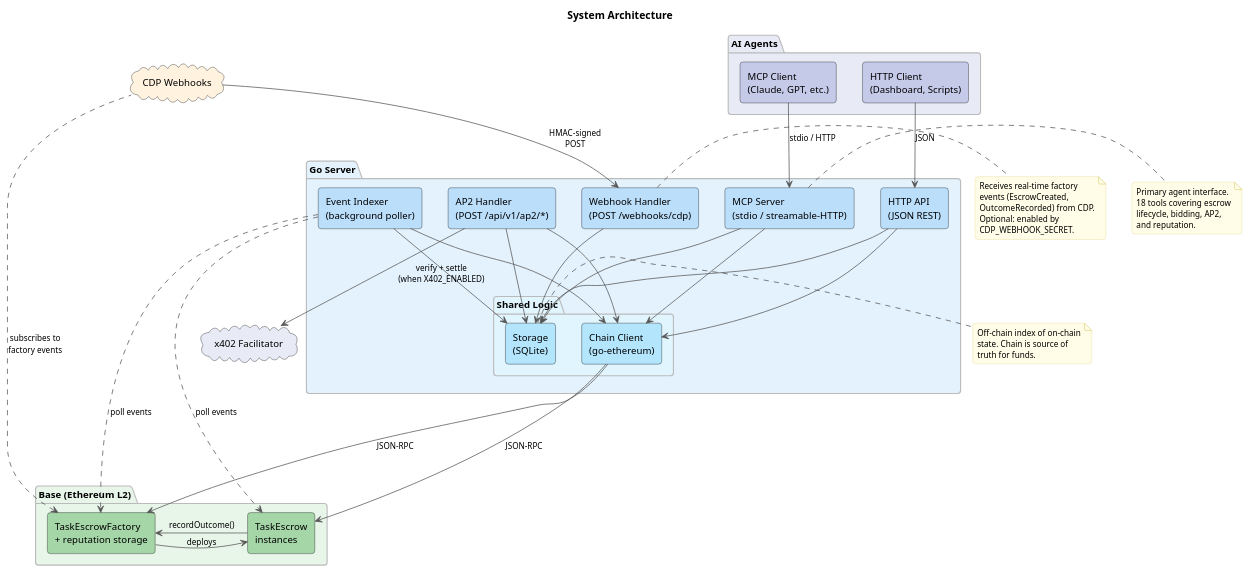
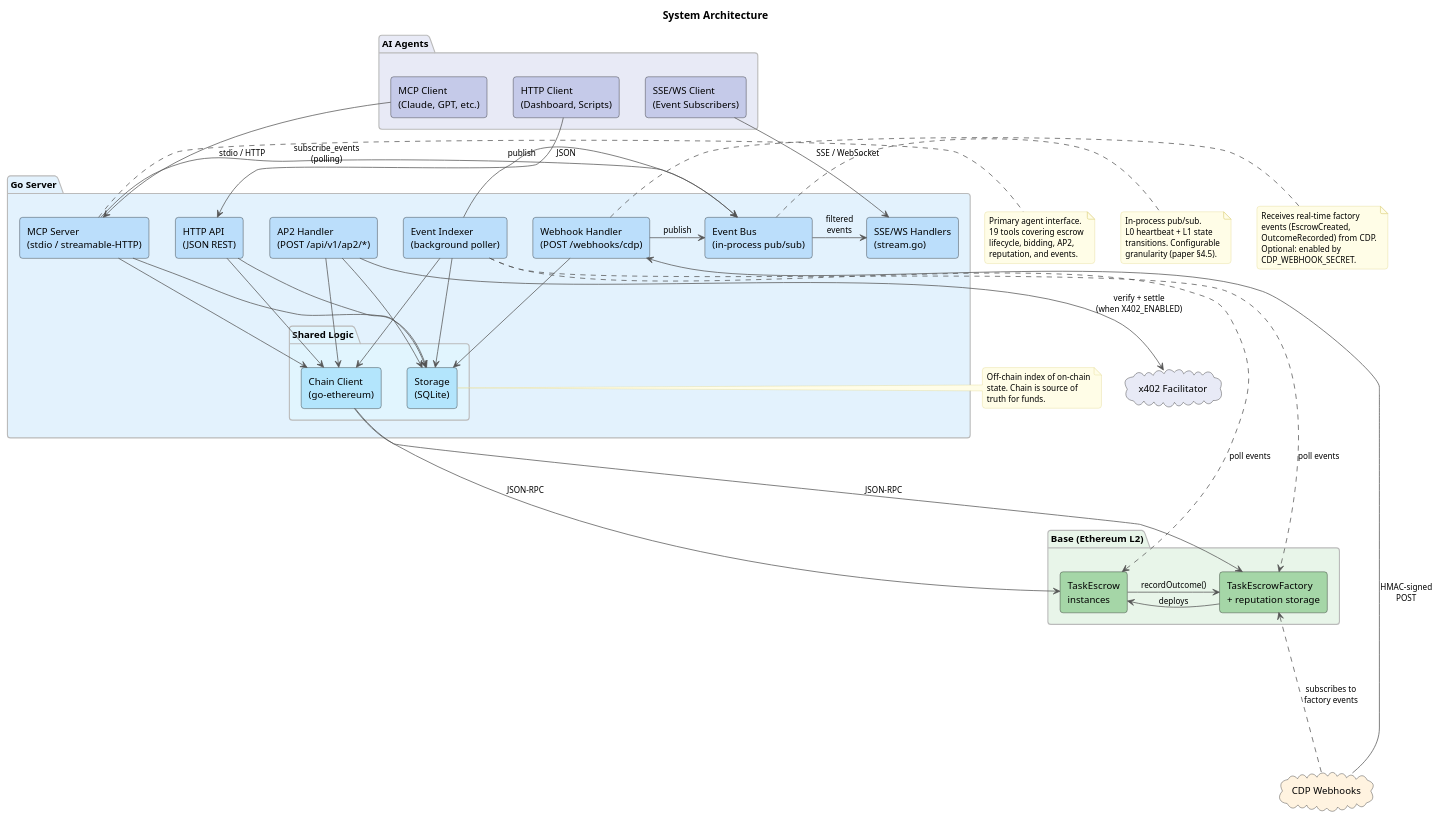
Before and after one commit to eddiefleurent/agent-escrow: the diagram in docs/diagrams/architecture.puml, drawn with PlantUML. The commit also changed 18 other files, not shown here.

First line of the commit message:
feat: real-time event subscriptions with SSE, WebSocket, and MCP polling (V2.10)

```diff
--- a/docs/diagrams/architecture.puml
+++ b/docs/diagrams/architecture.puml
@@ -1,96 +1,111 @@
 @startuml architecture
 skinparam backgroundColor #FFFFFF
 skinparam componentStyle rectangle
 skinparam defaultFontName "Helvetica"
 skinparam defaultFontSize 13
 skinparam shadowing false
 skinparam roundCorner 8
 skinparam ArrowColor #555555
 skinparam ArrowFontSize 11
 
 skinparam package {
   BorderColor #BBBBBB
   FontStyle bold
 }
 
 skinparam note {
   BackgroundColor #FFFDE7
   BorderColor #E0D68A
   FontSize 11
 }
 
 title System Architecture
 
 package "AI Agents" as agents #E8EAF6 {
   [MCP Client\n(Claude, GPT, etc.)] as mcp_client #C5CAE9
   [HTTP Client\n(Dashboard, Scripts)] as http_client #C5CAE9
+  [SSE/WS Client\n(Event Subscribers)] as stream_client #C5CAE9
 }
 
 package "Go Server" as server #E3F2FD {
   [MCP Server\n(stdio / streamable-HTTP)] as mcp_server #BBDEFB
   [HTTP API\n(JSON REST)] as http_api #BBDEFB
   [Webhook Handler\n(POST /webhooks/cdp)] as webhook #BBDEFB
   [Event Indexer\n(background poller)] as indexer #BBDEFB
+  [Event Bus\n(in-process pub/sub)] as event_bus #BBDEFB
+  [SSE/WS Handlers\n(stream.go)] as stream_handler #BBDEFB
   [AP2 Handler\n(POST /api/v1/ap2/*)] as ap2 #BBDEFB
 
   package "Shared Logic" as shared #E1F5FE {
     [Chain Client\n(go-ethereum)] as chain_client #B3E5FC
     [Storage\n(SQLite)] as storage #B3E5FC
   }
 
   mcp_server -down-> chain_client
   mcp_server -down-> storage
+  mcp_server -right-> event_bus : subscribe_events\n(polling)
   http_api -down-> chain_client
   http_api -down-> storage
   ap2 -down-> chain_client
   ap2 -down-> storage
   webhook -down-> storage
+  webhook -right-> event_bus : publish
   indexer -down-> chain_client
   indexer -down-> storage
+  indexer -right-> event_bus : publish
+  event_bus -right-> stream_handler : filtered\nevents
 }
 
 cloud "x402 Facilitator" as x402 #E8EAF6
 ap2 -down-> x402 : verify + settle\n(when X402_ENABLED)
 
 package "Base (Ethereum L2)" as chain #E8F5E9 {
   [TaskEscrowFactory\n+ reputation storage] as factory #A5D6A7
   [TaskEscrow\ninstances] as escrow #A5D6A7
   factory -right-> escrow : deploys
   escrow -left-> factory : recordOutcome()
 }
 
 cloud "CDP Webhooks" as cdp #FFF3E0
 
 mcp_client -down-> mcp_server : stdio / HTTP
 http_client -down-> http_api : JSON
+stream_client -down-> stream_handler : SSE / WebSocket
 
 chain_client -down-> factory : JSON-RPC
 chain_client -down-> escrow : JSON-RPC
 indexer ..down..> factory : poll events
 indexer ..down..> escrow : poll events
 
 cdp -down-> webhook : HMAC-signed\nPOST
 cdp ..up..> factory : subscribes to\nfactory events
 
 note right of mcp_server
   Primary agent interface.
-  18 tools covering escrow
+  19 tools covering escrow
   lifecycle, bidding, AP2,
-  and reputation.
+  reputation, and events.
+end note
+
+note right of event_bus
+  In-process pub/sub.
+  L0 heartbeat + L1 state
+  transitions. Configurable
+  granularity (paper §4.5).
 end note
 
 note right of webhook
   Receives real-time factory
   events (EscrowCreated,
   OutcomeRecorded) from CDP.
   Optional: enabled by
   CDP_WEBHOOK_SECRET.
 end note
 
 note right of storage
   Off-chain index of on-chain
   state. Chain is source of
   truth for funds.
 end note
 
 @enduml
```
